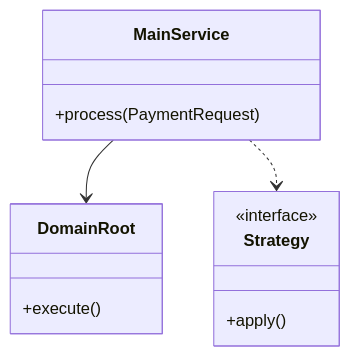
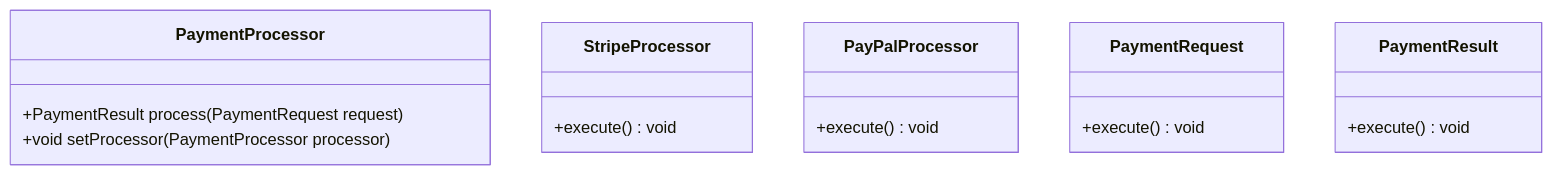
Before and after one commit to madhupaila/Interview-Prep-SSE: the first of 3 diagrams in Learn/System Design - Low Level Design/03-design-patterns/questions/Q01-strategy-payment.md, drawn with Mermaid. The commit also changed other lines of this file and 491 other files, not shown here.

````diff
--- a/Learn/System Design - Low Level Design/03-design-patterns/questions/Q01-strategy-payment.md
+++ b/Learn/System Design - Low Level Design/03-design-patterns/questions/Q01-strategy-payment.md
@@ -74,15 +92,19 @@
 ```mermaid
 classDiagram
-    class MainService {
-        +process(PaymentRequest)
+    class PaymentProcessor {
+        +PaymentResult process(PaymentRequest request)
+        +void setProcessor(PaymentProcessor processor)
     }
-    class DomainRoot {
-        +execute()
+    class StripeProcessor {
+        +execute() void
     }
-    class Strategy {
-        <<interface>>
-        +apply()
+    class PayPalProcessor {
+        +execute() void
     }
-    MainService --> DomainRoot
-    MainService ..> Strategy
+    class PaymentRequest {
+        +execute() void
+    }
+    class PaymentResult {
+        +execute() void
+    }
 ```
````
